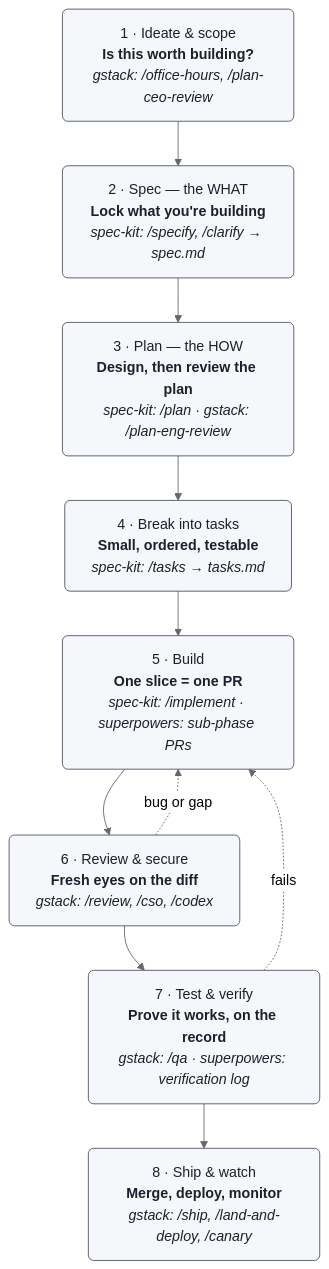
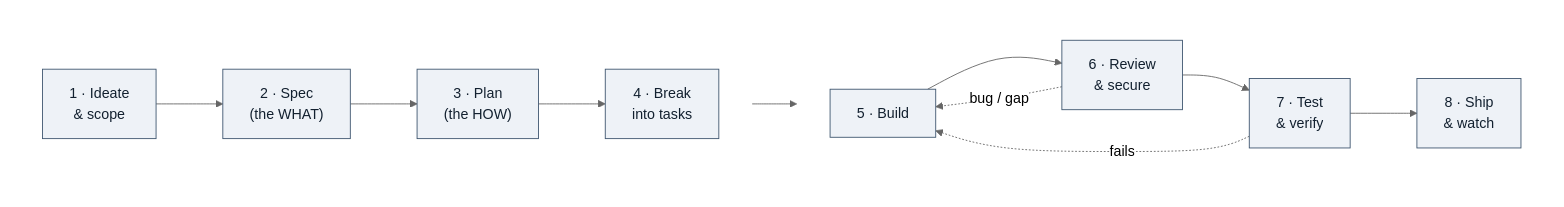
Before and after one commit to pbhat89/Writer: the diagram in articles/dev-workflow-blueprint/assets/blueprint.mmd, drawn with Mermaid (neutral theme). The commit also changed 7 other files, not shown here.

```diff
--- a/articles/dev-workflow-blueprint/assets/blueprint.mmd
+++ b/articles/dev-workflow-blueprint/assets/blueprint.mmd
@@ -1,16 +1,17 @@
-flowchart TD
-    A["1 · Ideate & scope<br/><b>Is this worth building?</b><br/><i>gstack: /office-hours, /plan-ceo-review</i>"]
-    B["2 · Spec — the WHAT<br/><b>Lock what you're building</b><br/><i>spec-kit: /specify, /clarify → spec.md</i>"]
-    C["3 · Plan — the HOW<br/><b>Design, then review the plan</b><br/><i>spec-kit: /plan · gstack: /plan-eng-review</i>"]
-    D["4 · Break into tasks<br/><b>Small, ordered, testable</b><br/><i>spec-kit: /tasks → tasks.md</i>"]
-    E["5 · Build<br/><b>One slice = one PR</b><br/><i>spec-kit: /implement · superpowers: sub-phase PRs</i>"]
-    F["6 · Review & secure<br/><b>Fresh eyes on the diff</b><br/><i>gstack: /review, /cso, /codex</i>"]
-    G["7 · Test & verify<br/><b>Prove it works, on the record</b><br/><i>gstack: /qa · superpowers: verification log</i>"]
-    H["8 · Ship & watch<br/><b>Merge, deploy, monitor</b><br/><i>gstack: /ship, /land-and-deploy, /canary</i>"]
+flowchart LR
+    subgraph r1 [" "]
+    direction LR
+    A["1 · Ideate<br/>& scope"] --> B["2 · Spec<br/>(the WHAT)"] --> C["3 · Plan<br/>(the HOW)"] --> D["4 · Break<br/>into tasks"]
+    end
+    subgraph r2 [" "]
+    direction LR
+    E["5 · Build"] --> F["6 · Review<br/>& secure"] --> G["7 · Test<br/>& verify"] --> H["8 · Ship<br/>& watch"]
+    end
+    D --> E
+    F -. "bug / gap" .-> E
+    G -. "fails" .-> E
+    style r1 fill:none,stroke:none
+    style r2 fill:none,stroke:none
 
-    A --> B --> C --> D --> E --> F --> G --> H
-    F -. "bug or gap" .-> E
-    G -. "fails" .-> E
-
-    classDef stage fill:#f5f7fa,stroke:#4a5568,stroke-width:1px,color:#1a202c,rx:6,ry:6;
+    classDef stage fill:#eef2f7,stroke:#3f566f,stroke-width:1px,color:#12202f;
     class A,B,C,D,E,F,G,H stage;
```
